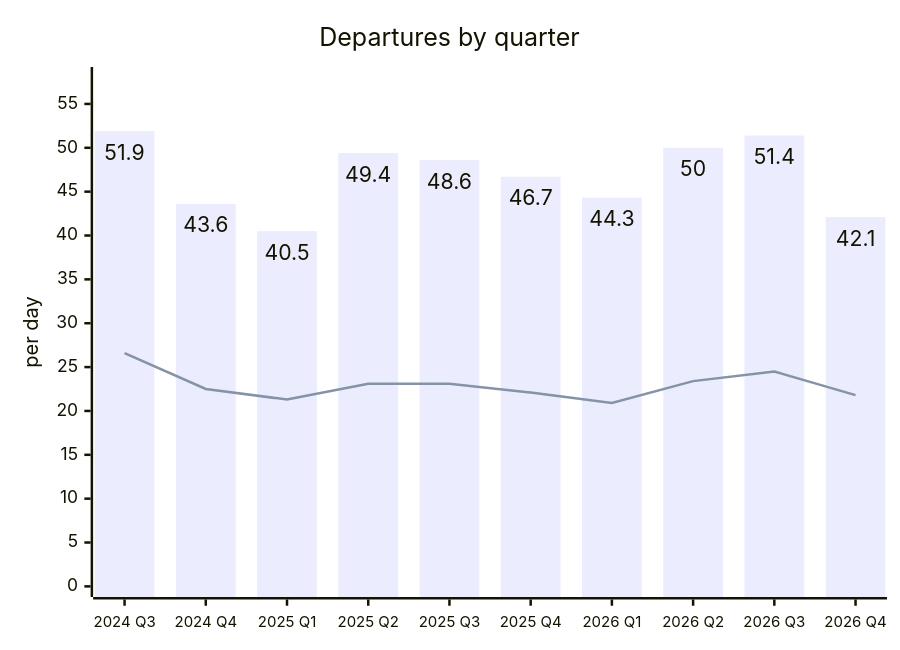
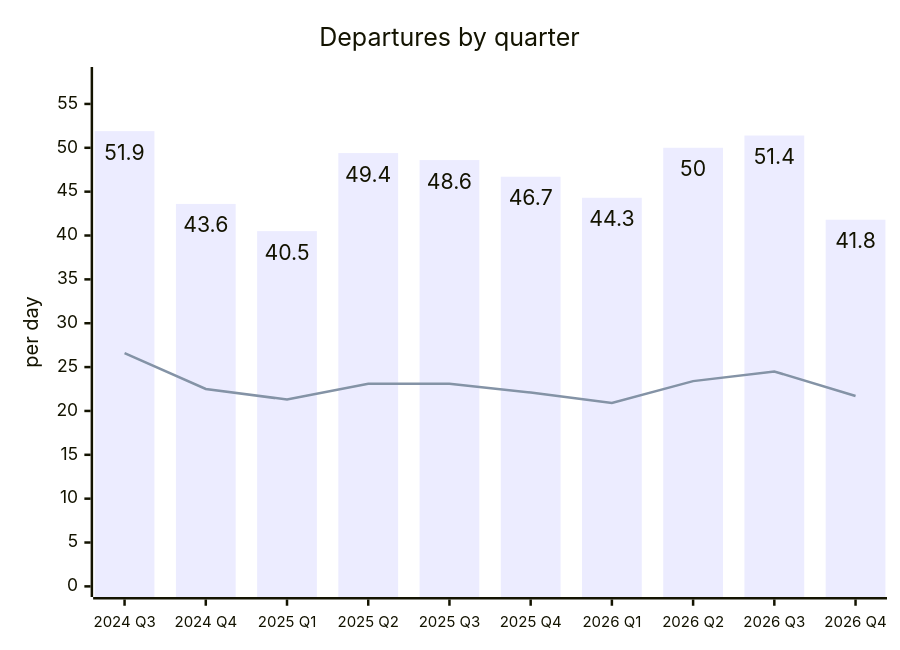
The second of 2 diagrams in README.md (rainermesi/tll-airport-departures), drawn with Mermaid before and after one commit. The commit also changed other lines of this file and 3 other files, not shown here.

````diff
--- a/README.md
+++ b/README.md
@@ -82,15 +82,15 @@
 ```mermaid
 ---
 config:
   xyChart:
     showDataLabel: true
     xAxis:
       labelFontSize: 12
 ---
 xychart-beta
     title "Departures by quarter"
     x-axis ["2024 Q3", "2024 Q4", "2025 Q1", "2025 Q2", "2025 Q3", "2025 Q4", "2026 Q1", "2026 Q2", "2026 Q3", "2026 Q4"]
     y-axis "per day" 0 --> 58
-    bar [51.9, 43.6, 40.5, 49.4, 48.6, 46.7, 44.3, 50.0, 51.4, 42.1]
-    line [26.6, 22.5, 21.3, 23.1, 23.1, 22.1, 20.9, 23.4, 24.5, 21.8]
+    bar [51.9, 43.6, 40.5, 49.4, 48.6, 46.7, 44.3, 50.0, 51.4, 41.8]
+    line [26.6, 22.5, 21.3, 23.1, 23.1, 22.1, 20.9, 23.4, 24.5, 21.7]
 ```
````
